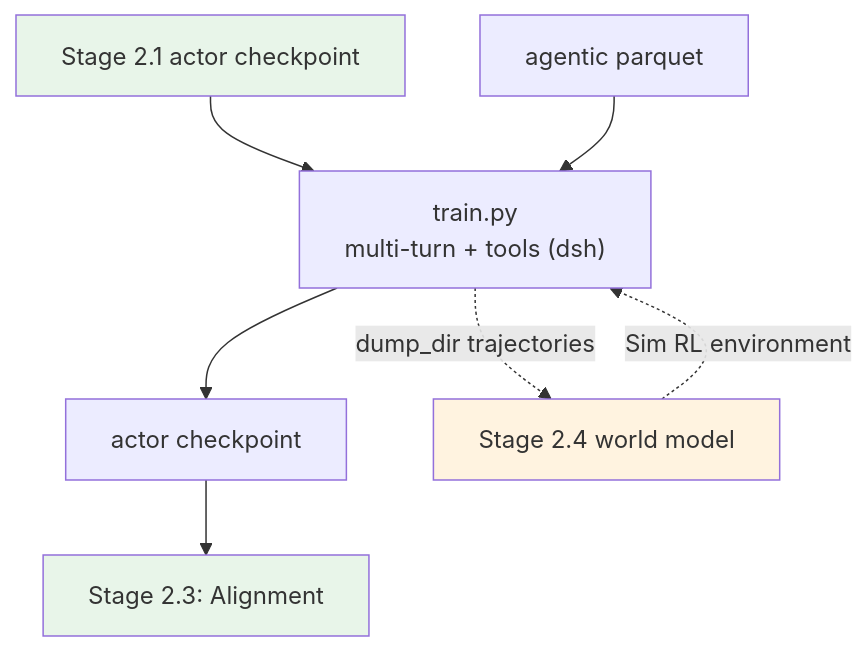
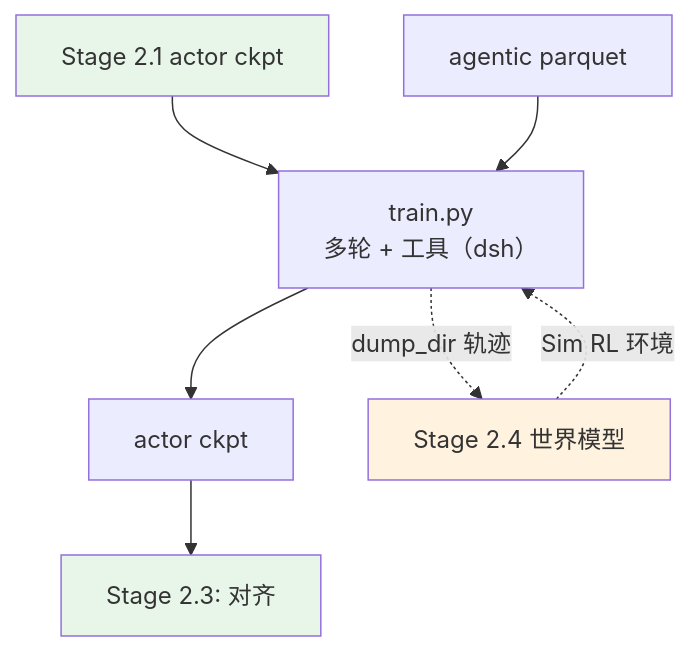
The diagram in src/shensi/recipes/shensi/stage2_rl/stage2_agentic/README.md (zongzhilou/shensi), drawn with Mermaid before and after one commit. The commit also changed other lines of this file and 13 other files, not shown here.

````diff
--- a/src/shensi/recipes/shensi/stage2_rl/stage2_agentic/README.md
+++ b/src/shensi/recipes/shensi/stage2_rl/stage2_agentic/README.md
@@ -89,12 +80,11 @@
 ```mermaid
 flowchart TB
-    prev["Stage 2.1 actor checkpoint"] --> tr["train.py<br/>multi-turn + tools (dsh)"]
+    prev["Stage 2.1 actor ckpt"] --> tr["train.py<br/>多轮 + 工具（dsh）"]
     d["agentic parquet"] --> tr
-    tr --> ckpt["actor checkpoint"] --> next["Stage 2.3: Alignment"]
-    wm["Stage 2.4 world model"] -.->|"Sim RL environment"| tr
-    tr -.->|"dump_dir trajectories"| wm
-
+    tr --> ckpt["actor ckpt"] --> next["Stage 2.3: 对齐"]
+    wm["Stage 2.4 世界模型"] -.->|"Sim RL 环境"| tr
+    tr -.->|"dump_dir 轨迹"| wm
     style prev fill:#e8f5e9
     style next fill:#e8f5e9
     style wm fill:#fff3e0
 ```
````
